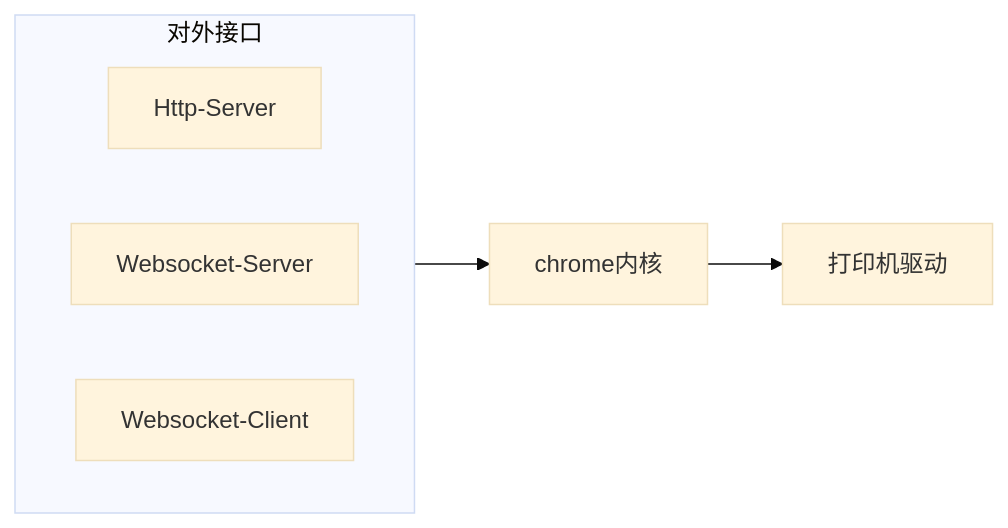
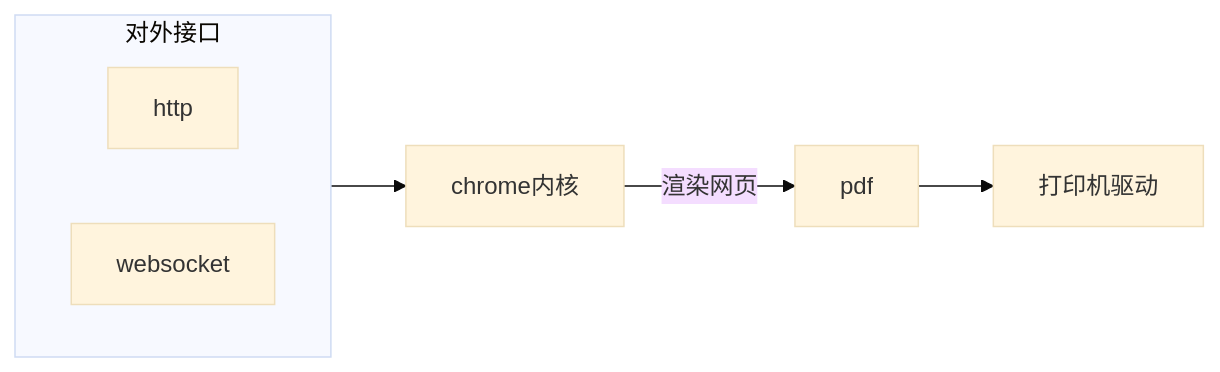
Before and after one commit to zerlei/WebpagePrinter: the diagram in README.md, drawn with Mermaid (base theme). The commit also changed other lines of this file and 2 other files, not shown here.

````diff
--- a/README.md
+++ b/README.md
@@ -16,11 +17,10 @@
 ```mermaid
 %%mermaid
 graph LR
     subgraph 对外接口
         direction LR
-        Http-Server
-        Websocket-Server
-        Websocket-Client
+        http
+        websocket
     end
-       对外接口-->chrome内核-->打印机驱动
+       对外接口-->chrome内核--渲染网页-->pdf-->打印机驱动
 ```
````
